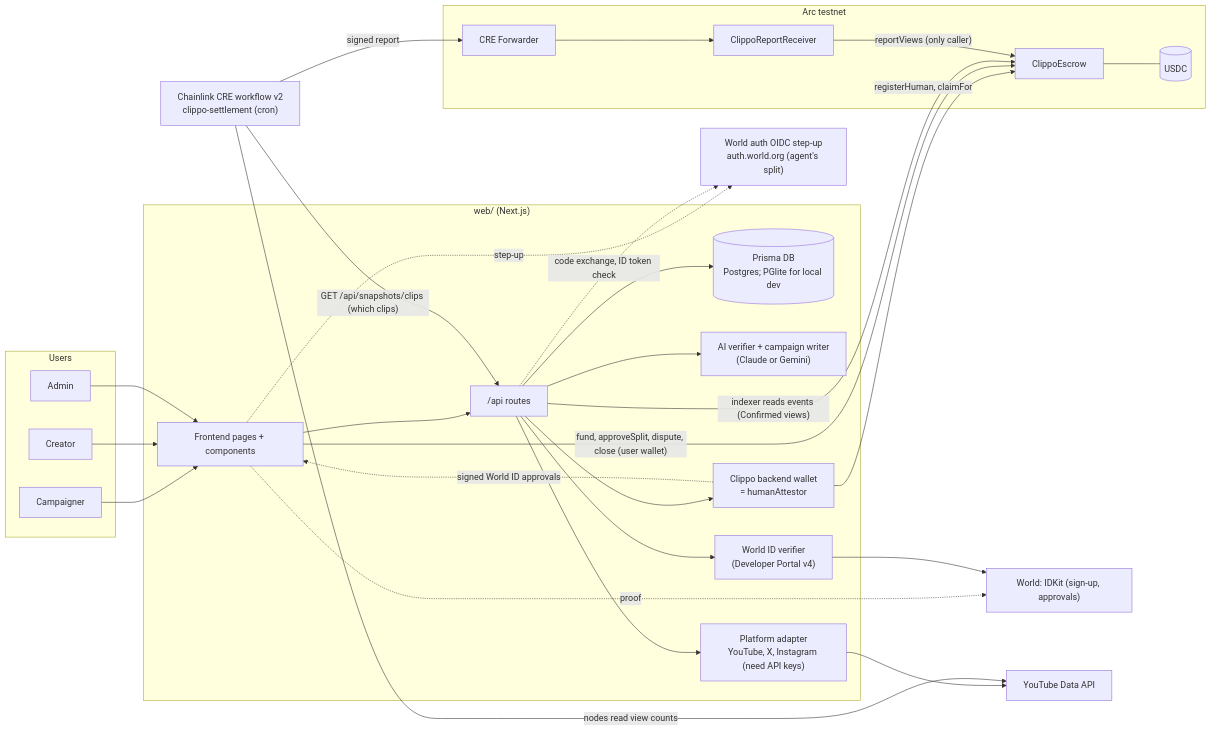
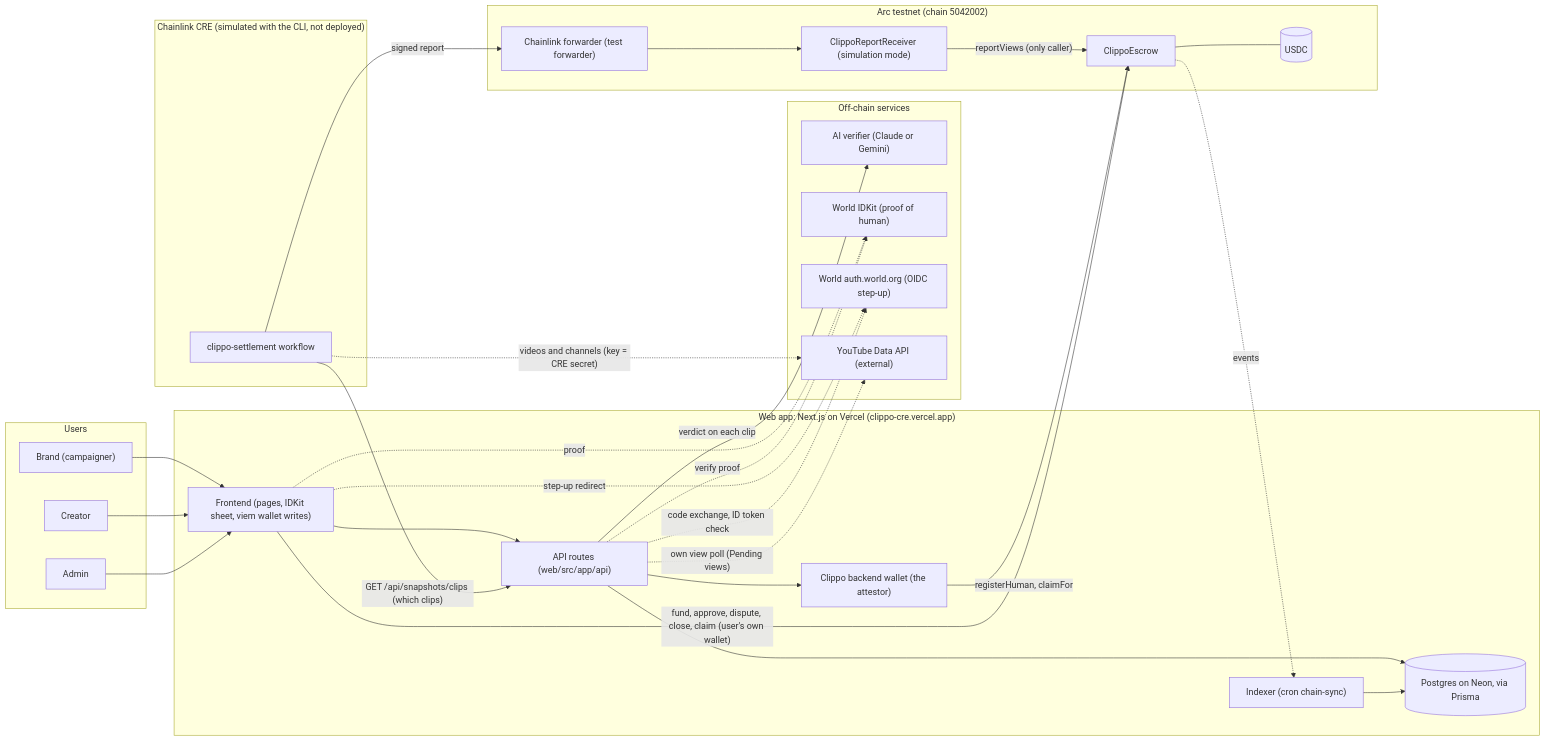
One commit to Tan0610/Clippo_EthMumbai changed the first of 3 diagrams in docs/ARCHITECTURE.md. Above: the diagram before and after it, drawn with Mermaid. The commit also changed other lines of this file and 24 other files, not shown here.

First line of the commit message:
docs: align all docs with the Arc, IDKit and CRE tracks and rewrite the README

````diff
--- a/docs/ARCHITECTURE.md
+++ b/docs/ARCHITECTURE.md
@@ -5,46 +11,48 @@
 ```mermaid
 flowchart LR
   subgraph Users
-    CAMP[Campaigner]
-    CRE_USER[Creator]
-    ADM[Admin]
+    BRAND["Brand (campaigner)"]
+    CREATOR[Creator]
+    ADMIN[Admin]
   end
-  subgraph Web["web/ (Next.js)"]
-    UI[Frontend pages + components]
-    API["/api routes"]
-    DB[(Prisma DB<br/>Postgres; PGlite for local dev)]
-    AI["AI verifier + campaign writer<br/>(Claude or Gemini)"]
-    WID["World ID verifier<br/>(Developer Portal v4)"]
-    PLAT["Platform adapter<br/>YouTube, X, Instagram (need API keys)"]
-    ATT["Clippo backend wallet<br/>= humanAttestor"]
+  subgraph Web["Web app: Next.js on Vercel (clippo-cre.vercel.app)"]
+    UI["Frontend (pages, IDKit sheet, viem wallet writes)"]
+    API["API routes (web/src/app/api)"]
+    DB[("Postgres on Neon, via Prisma")]
+    IDX["Indexer (cron chain-sync)"]
+    ATT["Clippo backend wallet (the attestor)"]
   end
-  subgraph Arc["Arc testnet"]
-    ESC[ClippoEscrow]
-    RCV[ClippoReportReceiver]
-    USDC[(USDC)]
-    FWD[CRE Forwarder]
+  subgraph Services["Off-chain services"]
+    AI["AI verifier (Claude or Gemini)"]
+    IDK["World IDKit (proof of human)"]
+    OIDC["World auth.world.org (OIDC step-up)"]
+    YT["YouTube Data API (external)"]
   end
-  CRE["Chainlink CRE workflow v2<br/>clippo-settlement (cron)"]
-  WORLD["World: IDKit (sign-up, approvals)"]
-  IDP["World auth OIDC step-up<br/>auth.world.org (agent's split)"]
-  YT[YouTube Data API]
+  subgraph Arc["Arc testnet (chain 5042002)"]
+    ESC["ClippoEscrow"]
+    USDC[("USDC")]
+    RCV["ClippoReportReceiver (simulation mode)"]
+    FWD["Chainlink forwarder (test forwarder)"]
+  end
+  subgraph ChainlinkCRE["Chainlink CRE (simulated with the CLI, not deployed)"]
+    WF["clippo-settlement workflow"]
+  end
 
-  CAMP & CRE_USER & ADM --> UI
+  BRAND & CREATOR & ADMIN --> UI
   UI --> API
   API --> DB
-  API --> AI
-  API --> PLAT --> YT
-  UI -. proof .-> WORLD
-  UI -. step-up .-> IDP
-  API --> WID --> WORLD
-  API -. "code exchange, ID token check" .-> IDP
+  API -- "verdict on each clip" --> AI
+  UI -. "proof" .-> IDK
+  API -. "verify proof" .-> IDK
+  UI -. "step-up redirect" .-> OIDC
+  API -. "code exchange, ID token check" .-> OIDC
+  API -. "own view poll (Pending views)" .-> YT
   API --> ATT
   ATT -- "registerHuman, claimFor" --> ESC
-  ATT -. "signed World ID approvals" .-> UI
-  UI -- "fund, approveSplit, dispute, close (user wallet)" --> ESC
+  UI -- "fund, approve, dispute, close, claim (user's own wallet)" --> ESC
   ESC --- USDC
-  CRE -- "GET /api/snapshots/clips (which clips)" --> API
-  CRE -- "nodes read view counts" --> YT
-  API -- "indexer reads events (Confirmed views)" --> ESC
-  CRE -- "signed report" --> FWD --> RCV -- "reportViews (only caller)" --> ESC
+  ESC -. "events" .-> IDX --> DB
+  WF -- "GET /api/snapshots/clips (which clips)" --> API
+  WF -. "videos and channels (key = CRE secret)" .-> YT
+  WF -- "signed report" --> FWD --> RCV -- "reportViews (only caller)" --> ESC
 ```
````
